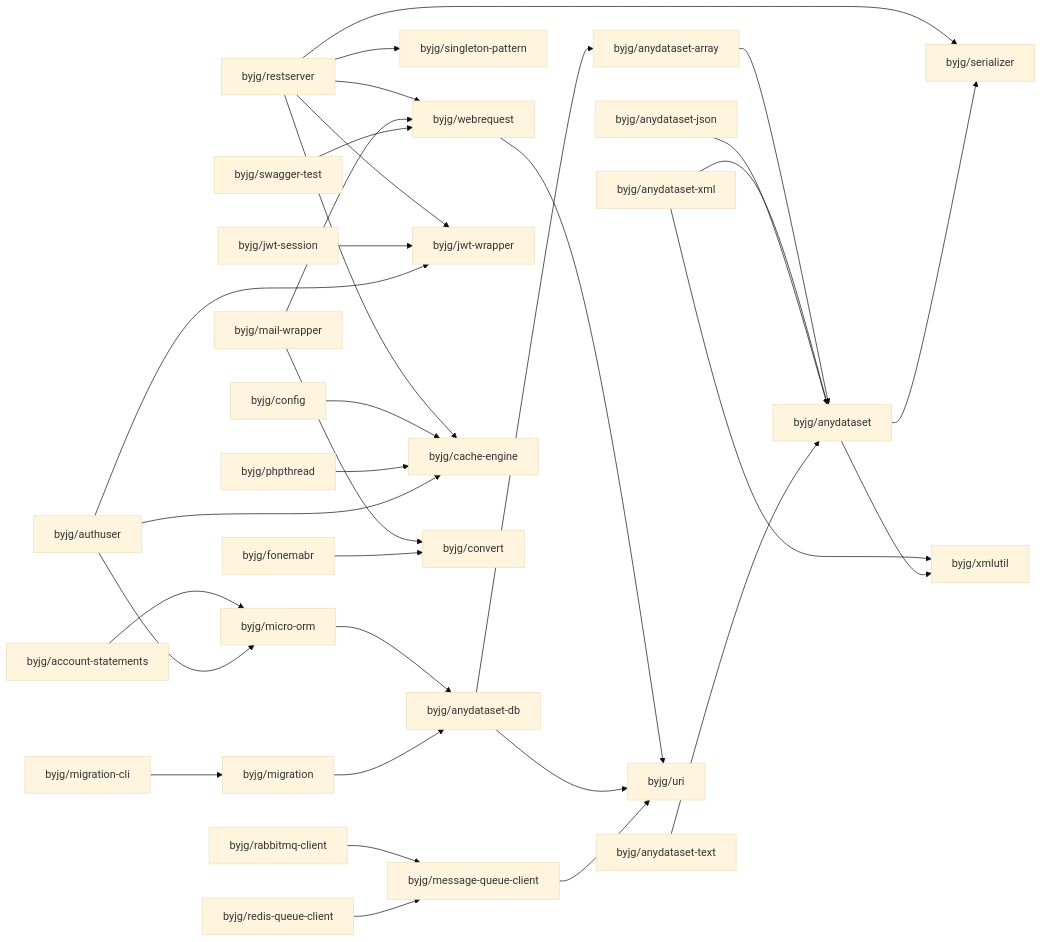
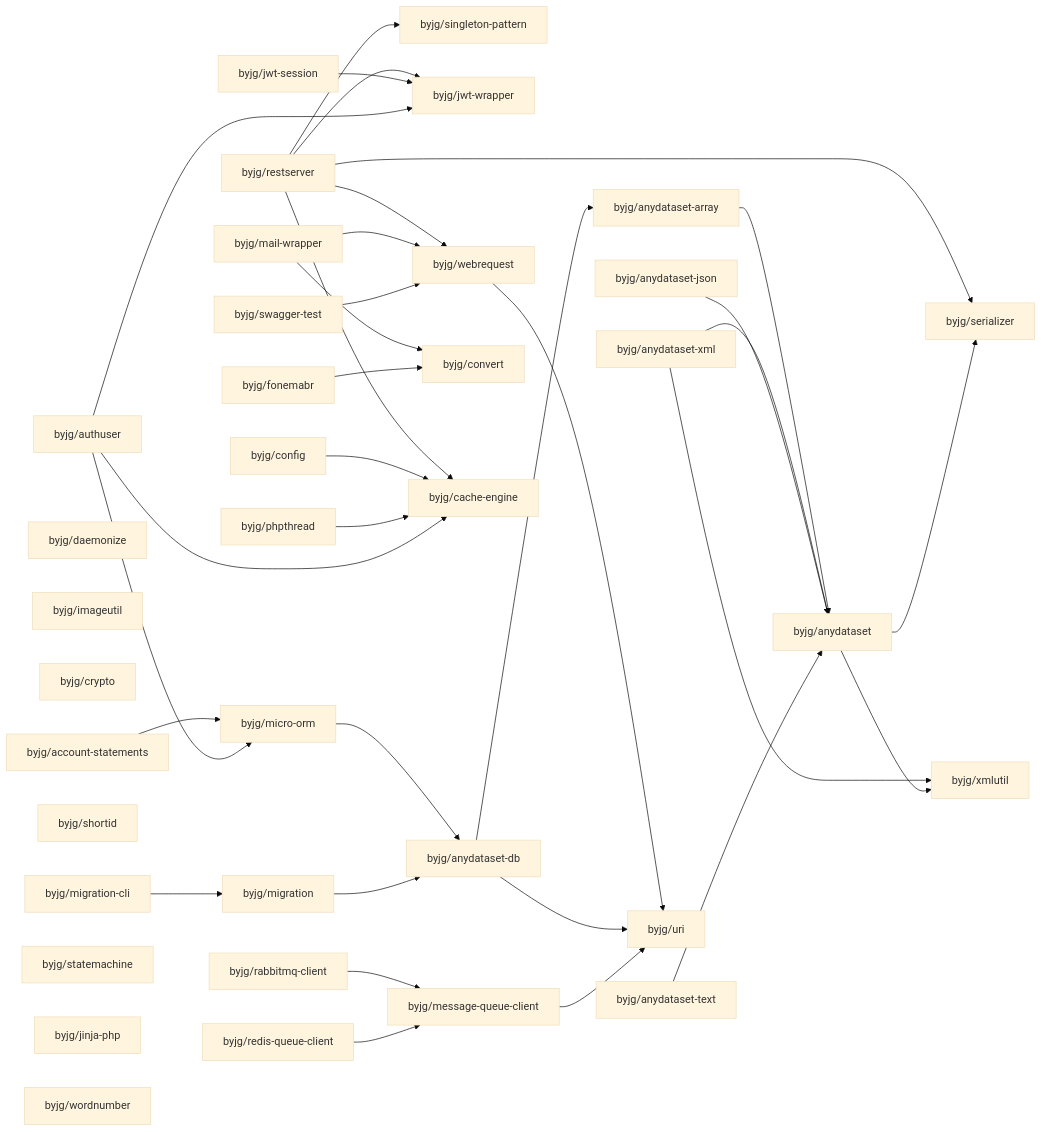
One commit to byjg/byjg.github.io changed the diagram in php/README.md. Above: the diagram before and after it, drawn with Mermaid (base theme). The commit also changed 2 other files, not shown here.

Commit message:
Add mermaid aggregator for PHP

````diff
--- a/php/README.md
+++ b/php/README.md
@@ -3,64 +3,71 @@
 ```mermaid
 graph LR;
+  byjg/mail-wrapper;
+  byjg/anydataset-json;
+  byjg/migration-cli;
+  byjg/daemonize;
+  byjg/anydataset-xml;
+  byjg/imageutil;
+  byjg/crypto;
   byjg/phpthread;
-  byjg/anydataset-json;
+  byjg/restserver;
+  byjg/jwt-session;
+  byjg/authuser;
+  byjg/shortid;
+  byjg/account-statements;
+  byjg/swagger-test;
   byjg/redis-queue-client;
   byjg/anydataset-text;
-  byjg/account-statements;
+  byjg/statemachine;
+  byjg/jinja-php;
   byjg/rabbitmq-client;
-  byjg/restserver;
-  byjg/swagger-test;
-  byjg/jwt-session;
-  byjg/anydataset-xml;
-  byjg/mail-wrapper;
-  byjg/authuser;
+  byjg/wordnumber;
+  byjg/fonemabr;
   byjg/config;
-  byjg/migration-cli;
-  byjg/fonemabr;
+  byjg/migration;
+  byjg/singleton-pattern;
+  byjg/jwt-wrapper;
+  byjg/micro-orm;
+  byjg/webrequest;
   byjg/message-queue-client;
-  byjg/singleton-pattern;
-  byjg/webrequest;
-  byjg/micro-orm;
-  byjg/jwt-wrapper;
+  byjg/convert;
   byjg/cache-engine;
-  byjg/migration;
-  byjg/convert;
   byjg/anydataset-db;
   byjg/anydataset-array;
   byjg/uri;
   byjg/anydataset;
   byjg/serializer;
   byjg/xmlutil;
   byjg/rabbitmq-client --> byjg/message-queue-client;
   byjg/anydataset-array --> byjg/anydataset;
   byjg/restserver --> byjg/serializer;
   byjg/restserver --> byjg/singleton-pattern;
   byjg/restserver --> byjg/cache-engine;
   byjg/restserver --> byjg/webrequest;
   byjg/restserver --> byjg/jwt-wrapper;
   byjg/redis-queue-client --> byjg/message-queue-client;
   byjg/anydataset-xml --> byjg/anydataset;
   byjg/anydataset-xml --> byjg/xmlutil;
   byjg/config --> byjg/cache-engine;
   byjg/account-statements --> byjg/micro-orm;
   byjg/anydataset --> byjg/serializer;
   byjg/anydataset --> byjg/xmlutil;
   byjg/webrequest --> byjg/uri;
   byjg/micro-orm --> byjg/anydataset-db;
   byjg/phpthread --> byjg/cache-engine;
   byjg/anydataset-json --> byjg/anydataset;
   byjg/migration --> byjg/anydataset-db;
   byjg/mail-wrapper --> byjg/convert;
   byjg/mail-wrapper --> byjg/webrequest;
   byjg/anydataset-db --> byjg/anydataset-array;
   byjg/anydataset-db --> byjg/uri;
   byjg/swagger-test --> byjg/webrequest;
   byjg/jwt-session --> byjg/jwt-wrapper;
   byjg/authuser --> byjg/micro-orm;
   byjg/authuser --> byjg/cache-engine;
   byjg/authuser --> byjg/jwt-wrapper;
   byjg/fonemabr --> byjg/convert;
   byjg/anydataset-text --> byjg/anydataset;
   byjg/message-queue-client --> byjg/uri;
   byjg/migration-cli --> byjg/migration;
 ```
````
